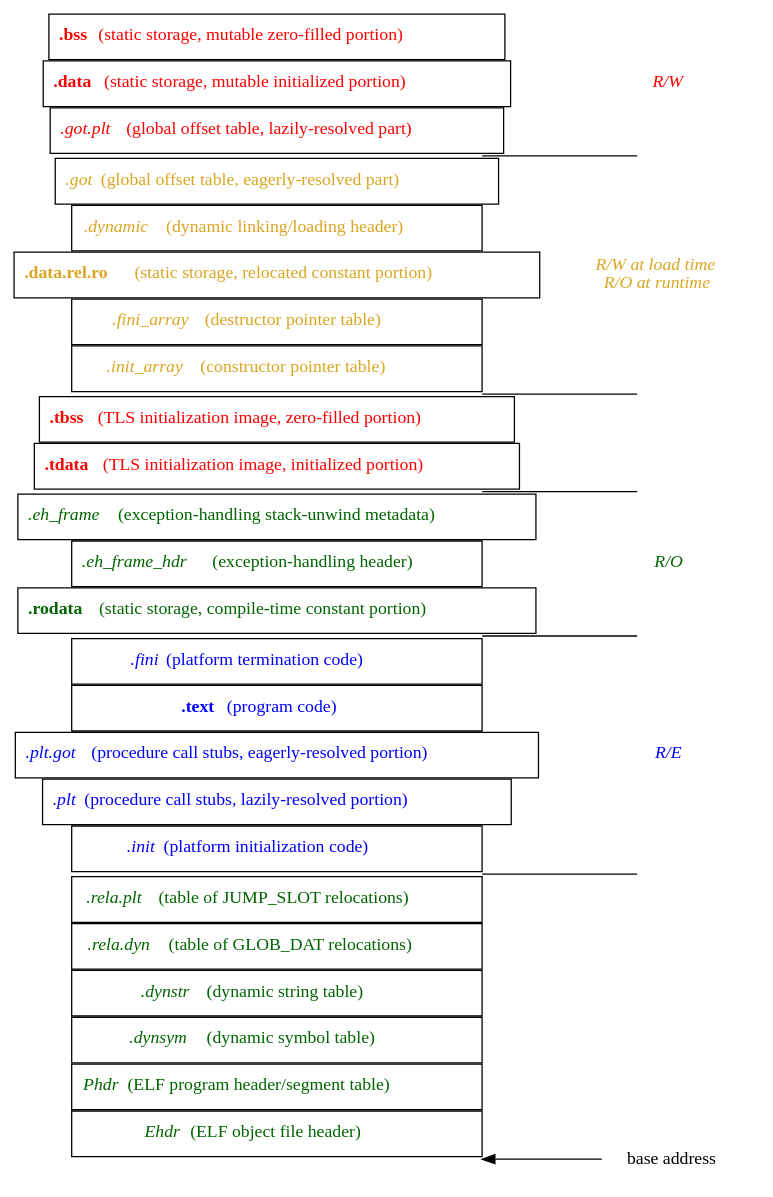
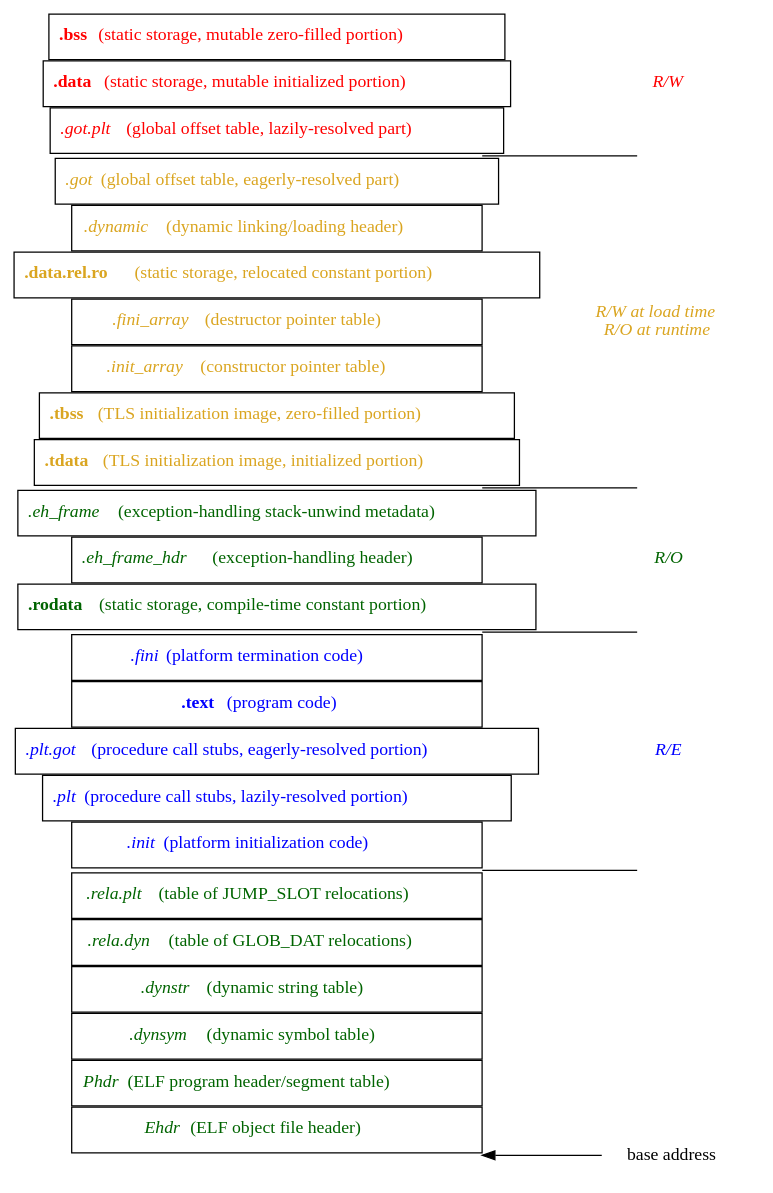
Before and after one commit to solb/thesis: the diagram in figs/procimg_perobj.dot, drawn with Graphviz.

Commit message:
figs/procimg_perobj.dot: Move .tdata and .tbss sections into load-time R/W, runtim R/O category
I misread the objdump output because of the automatic page alignment.

```diff
--- a/figs/procimg_perobj.dot
+++ b/figs/procimg_perobj.dot
@@ -1,60 +1,58 @@
 strict digraph {
 	nodesep=0;
 	rankdir=LR;
 
 	node [shape=box, width=4.5];
 	zero [shape=none, height=0, label=""];
 	ehdr [label=<<i>Ehdr</i> (ELF object file header)>, fontcolor=darkgreen];
 	phdr [label=<<i>Phdr</i> (ELF program header/segment table)>, fontcolor=darkgreen];
 	dynsym [label=<<i>.dynsym</i> (dynamic symbol table)>, fontcolor=darkgreen];
 	dynstr [label=<<i>.dynstr</i> (dynamic string table)>, fontcolor=darkgreen];
 	reladyn [label=<<i>.rela.dyn</i> (table of GLOB_DAT relocations)>, fontcolor=darkgreen];
 	relaplt [label=<<i>.rela.plt</i> (table of JUMP_SLOT relocations)>, fontcolor=darkgreen];
 	greenblue [shape=none, height=0, label=""];
 	init [label=<<i>.init</i> (platform initialization code)>, fontcolor=blue];
 	plt [label=<<i>.plt</i> (procedure call stubs, lazily-resolved portion)>, fontcolor=blue];
 	pltgot [label=<<i>.plt.got</i> (procedure call stubs, eagerly-resolved portion)>, fontcolor=blue];
 	text [label=<<b>.text</b> (program code)>, fontcolor=blue];
 	fini [label=<<i>.fini</i> (platform termination code)>, fontcolor=blue];
 	bluegreen [shape=none, height=0, label=""];
 	rodata [label=<<b>.rodata</b> (static storage, compile-time constant portion)>, fontcolor=darkgreen];
 	eh_frame_hdr [label=<<i>.eh_frame_hdr</i> (exception-handling header)>, fontcolor=darkgreen];
 	eh_frame [label=<<i>.eh_frame</i> (exception-handling stack-unwind metadata)>, fontcolor=darkgreen];
 	greenred [shape=none, height=0, label=""];
-	tdata [label=<<b>.tdata</b> (TLS initialization image, initialized portion)>, fontcolor=red];
-	tbss [label=<<b>.tbss</b> (TLS initialization image, zero-filled portion)>, fontcolor=red];
-	redyellow [shape=none, height=0, label=""];
+	tdata [label=<<b>.tdata</b> (TLS initialization image, initialized portion)>, fontcolor=goldenrod];
+	tbss [label=<<b>.tbss</b> (TLS initialization image, zero-filled portion)>, fontcolor=goldenrod];
 	init_array [label=<<i>.init_array</i> (constructor pointer table)>, fontcolor=goldenrod];
 	fini_array [label=<<i>.fini_array</i> (destructor pointer table)>, fontcolor=goldenrod];
 	datarelro [label=<<b>.data.rel.ro</b> (static storage, relocated constant portion)>, fontcolor=goldenrod];
 	dynamic [label=<<i>.dynamic</i> (dynamic linking/loading header)>, fontcolor=goldenrod];
 	got [label=<<i>.got</i> (global offset table, eagerly-resolved part)>, fontcolor=goldenrod];
 	yellowred [shape=none, height=0, label=""];
 	gotplt [label=<<i>.got.plt</i> (global offset table, lazily-resolved part)>, fontcolor=red];
 	data [label=<<b>.data</b> (static storage, mutable initialized portion)>, fontcolor=red];
 	bss [label=<<b>.bss</b> (static storage, mutable zero-filled portion)>, fontcolor=red];
 
 	node [shape=none, width=default];
 	blue [label=<<i>R/E</i>>, fontcolor=blue];
 	green [label=<<i>R/O</i>>, fontcolor=darkgreen];
 	yellow [label=<<i>R/W at load time<br/>R/O at runtime</i>>, fontcolor=goldenrod];
 	red [label=<<i>R/W</i>>, fontcolor=red];
 
 	edge [dir=back];
 	node [label="base address"];
 	zero -> 0;
 
 	edge [arrowtail=none];
 	node [label=""];
 	greenblue -> 1;
 	bluegreen -> 2;
 	greenred -> 3;
-	redyellow -> 4;
-	yellowred -> 5;
+	yellowred -> 4;
 
 	edge [style=invis];
 	pltgot -> blue;
 	eh_frame_hdr -> green;
-	datarelro -> yellow;
+	fini_array -> yellow;
 	data -> red;
 }
```
